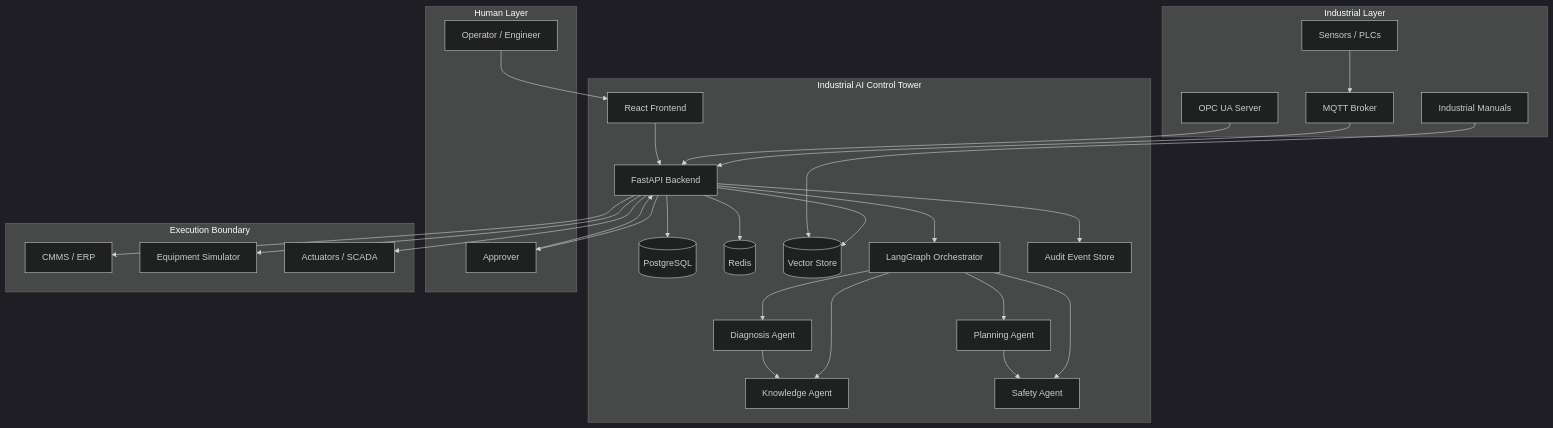
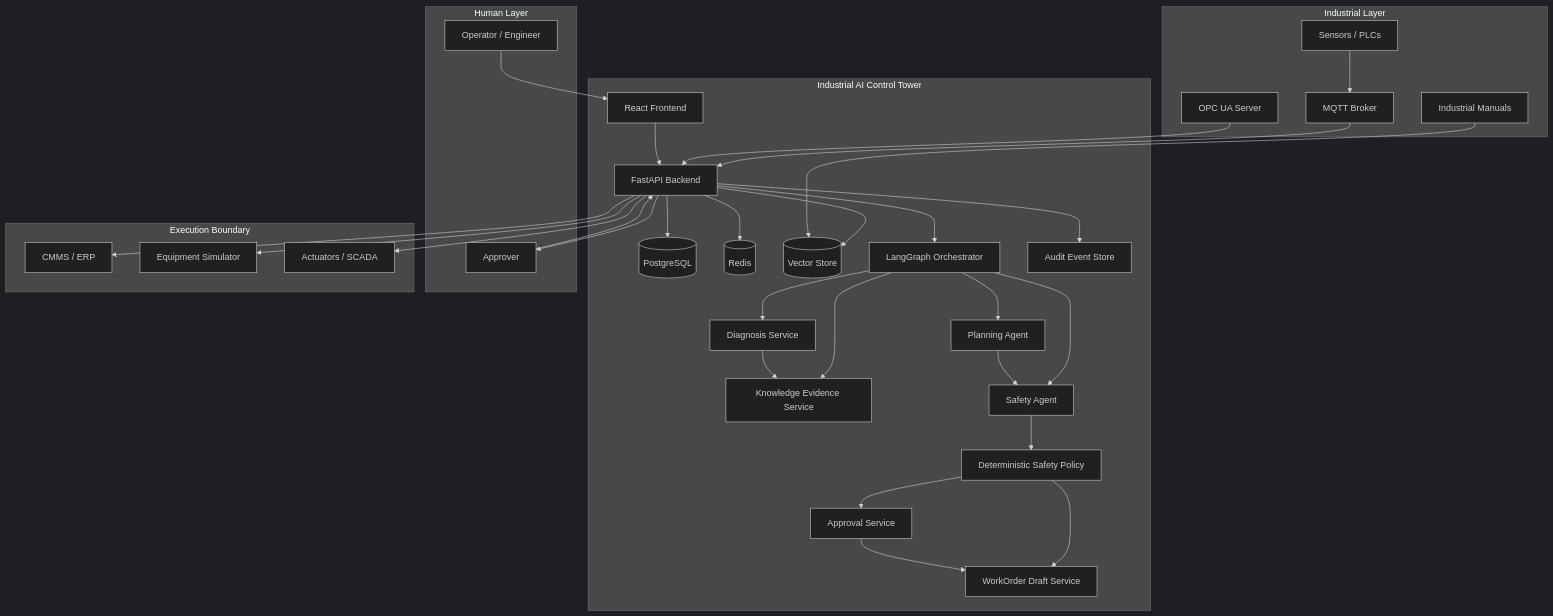
The first of 2 diagrams in docs/architecture/SYSTEM_ARCHITECTURE.md (ten10do/industrial-ai-control-tower), drawn with Mermaid (dark theme) before and after one commit. The commit also changed other lines of this file and 44 other files, not shown here.

````diff
--- a/docs/architecture/SYSTEM_ARCHITECTURE.md
+++ b/docs/architecture/SYSTEM_ARCHITECTURE.md
@@ -21,57 +21,64 @@
 ```mermaid
 graph TB
     subgraph External["Industrial Layer"]
         Sensors[Sensors / PLCs]
         MQTT[MQTT Broker]
         OPC[OPC UA Server]
         Manuals[Industrial Manuals]
     end
 
     subgraph Platform["Industrial AI Control Tower"]
         FE[React Frontend]
         BE[FastAPI Backend]
         DB[(PostgreSQL)]
         Cache[(Redis)]
         Vector[(Vector Store)]
         Orchestrator[LangGraph Orchestrator]
-        Diagnosis[Diagnosis Agent]
-        Knowledge[Knowledge Agent]
+        Diagnosis[Diagnosis Service]
+        Knowledge[Knowledge Evidence Service]
         Planning[Planning Agent]
         Safety[Safety Agent]
+        Policy[Deterministic Safety Policy]
+        Approval[Approval Service]
+        WorkOrder[WorkOrder Draft Service]
         Audit[Audit Event Store]
     end
 
     subgraph Humans["Human Layer"]
         Operator[Operator / Engineer]
         Approver[Approver]
     end
 
     subgraph Execution["Execution Boundary"]
         CMMS[CMMS / ERP]
         Simulator[Equipment Simulator]
         Actuators[Actuators / SCADA]
     end
 
     Sensors --> MQTT
     MQTT --> BE
     OPC --> BE
     BE --> DB
     BE --> Cache
     BE --> Vector
     BE --> Orchestrator
     Orchestrator --> Diagnosis
     Orchestrator --> Knowledge
     Orchestrator --> Planning
     Orchestrator --> Safety
+    Safety --> Policy
+    Policy --> Approval
+    Policy --> WorkOrder
+    Approval --> WorkOrder
     Diagnosis --> Knowledge
     Planning --> Safety
     BE --> Audit
     FE --> BE
     Operator --> FE
     BE --> Approver
     Approver --> BE
     BE --> CMMS
     BE --> Simulator
     BE --> Actuators
     Manuals --> Vector
 ```
````
